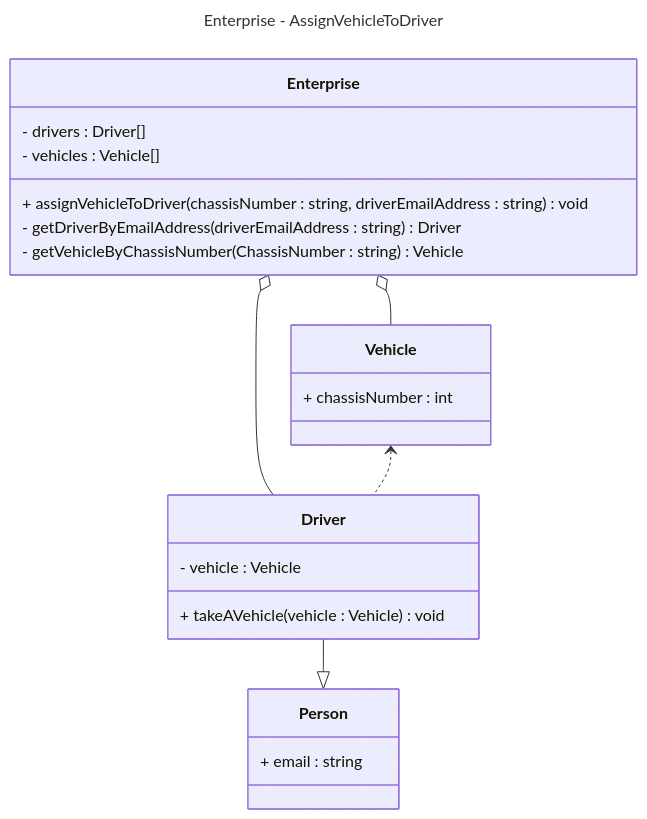
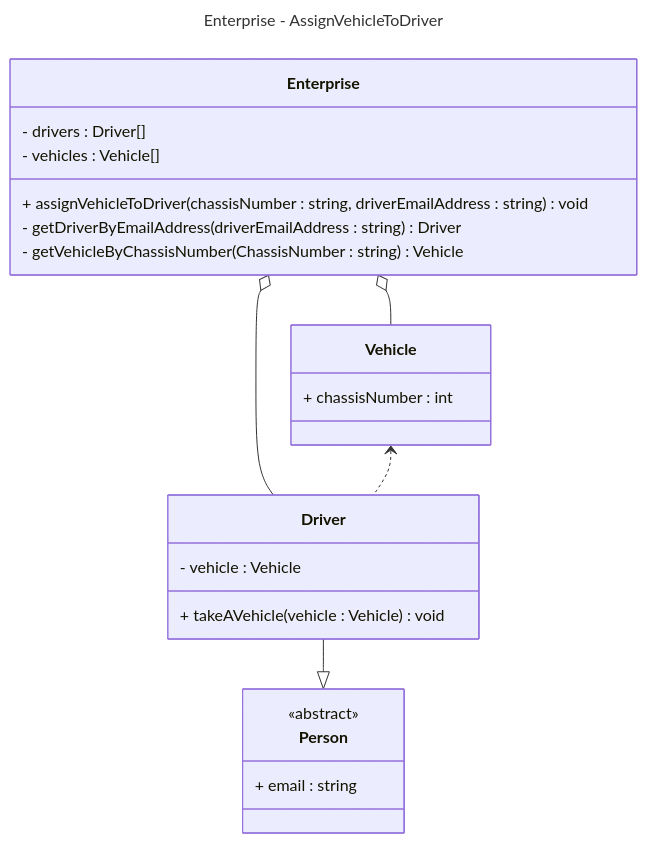
Before and after one commit to Arthur-Bottemanne/SequenceToCode: the diagram in docs/ClassDiagram.md, drawn with Mermaid.

Commit message:
doc: update person to abstract class

````diff
--- a/docs/ClassDiagram.md
+++ b/docs/ClassDiagram.md
@@ -1,29 +1,30 @@
 ```mermaid
 ---
 title: Enterprise - AssignVehicleToDriver
 ---
 classDiagram
     class Person{
+        <<abstract>>
         + email : string
     }
     class Driver{
         - vehicle : Vehicle
         + takeAVehicle(vehicle : Vehicle) void
     }
     class Vehicle{
         + chassisNumber : int
     }
     class Enterprise {
         - drivers : Driver[]
         - vehicles : Vehicle[]
         + assignVehicleToDriver(chassisNumber : string, driverEmailAddress : string) void
         - getDriverByEmailAddress(driverEmailAddress : string) Driver
         - getVehicleByChassisNumber(ChassisNumber : string) Vehicle
     }
 
     Driver --|> Person
     Enterprise o-- Vehicle
     Enterprise o-- Driver
     Vehicle <.. Driver
 
 ```
````
